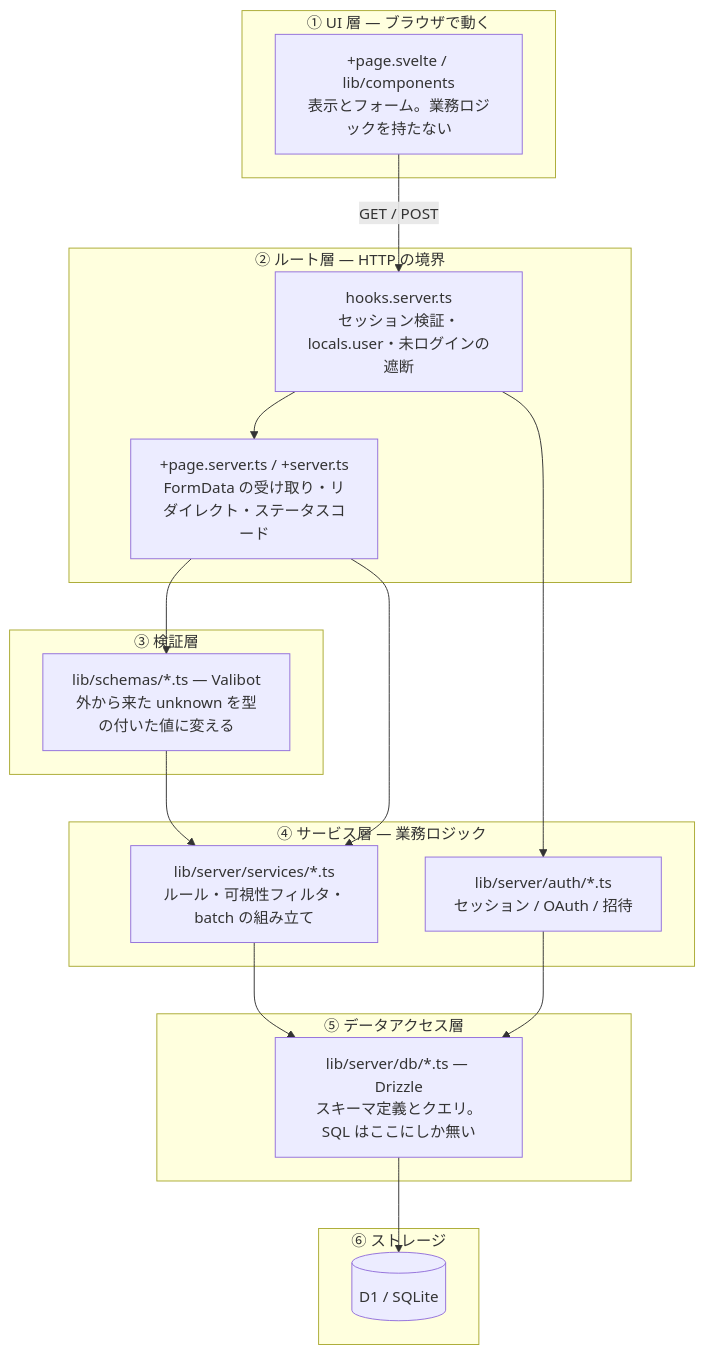
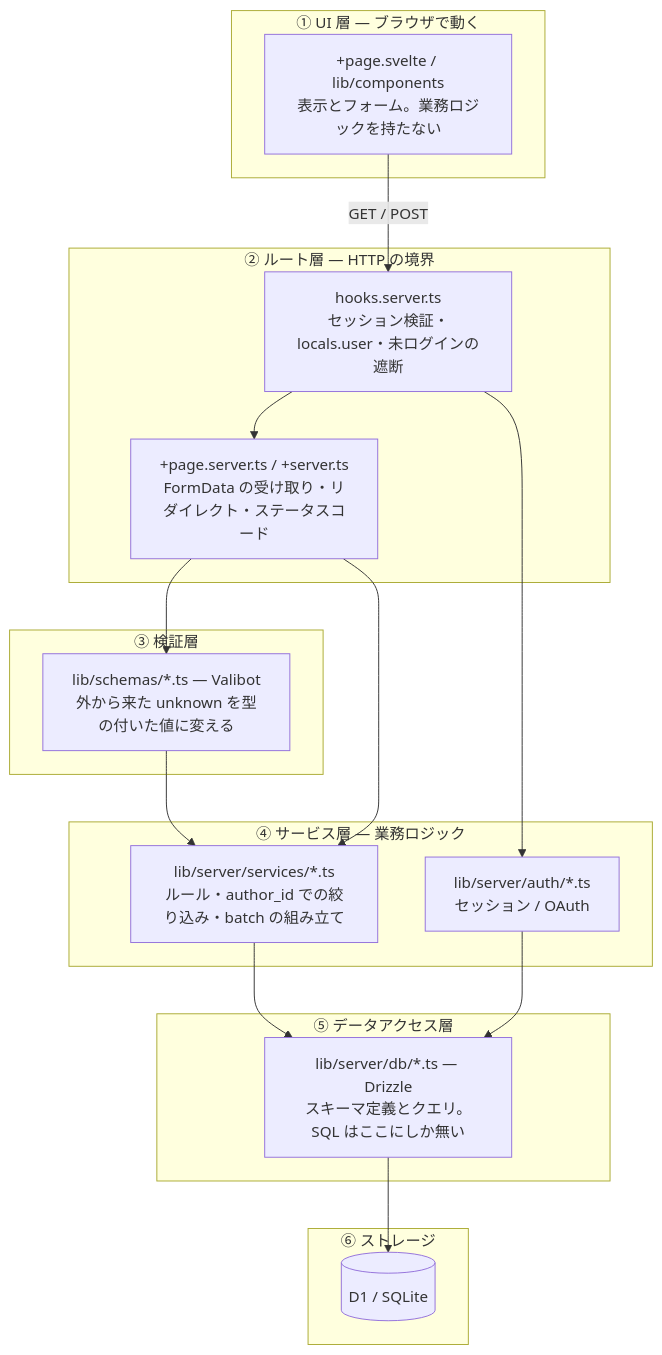
One commit to Atoyr/keiba-note changed the second of 10 diagrams in docs/architecture.md. Above: the diagram before and after it, drawn with Mermaid. The commit also changed other lines of this file and 3 other files, not shown here.

````diff
--- a/docs/architecture.md
+++ b/docs/architecture.md
@@ -56,38 +58,38 @@
 ```mermaid
 flowchart TB
     subgraph L1["① UI 層 — ブラウザで動く"]
         C["+page.svelte / lib/components<br/>表示とフォーム。業務ロジックを持たない"]
     end
 
     subgraph L2["② ルート層 — HTTP の境界"]
         H["hooks.server.ts<br/>セッション検証・locals.user・未ログインの遮断"]
         R["+page.server.ts / +server.ts<br/>FormData の受け取り・リダイレクト・ステータスコード"]
     end
 
     subgraph L3["③ 検証層"]
         V["lib/schemas/*.ts — Valibot<br/>外から来た unknown を型の付いた値に変える"]
     end
 
     subgraph L4["④ サービス層 — 業務ロジック"]
-        S["lib/server/services/*.ts<br/>ルール・可視性フィルタ・batch の組み立て"]
-        AU["lib/server/auth/*.ts<br/>セッション / OAuth / 招待"]
+        S["lib/server/services/*.ts<br/>ルール・author_id での絞り込み・batch の組み立て"]
+        AU["lib/server/auth/*.ts<br/>セッション / OAuth"]
     end
 
     subgraph L5["⑤ データアクセス層"]
         Q["lib/server/db/*.ts — Drizzle<br/>スキーマ定義とクエリ。SQL はここにしか無い"]
     end
 
     subgraph L6["⑥ ストレージ"]
         D[("D1 / SQLite")]
     end
 
     C -->|"GET / POST"| H
     H --> R
     R --> V
     V --> S
     R --> S
     S --> Q
     AU --> Q
     H --> AU
     Q --> D
 ```
````
